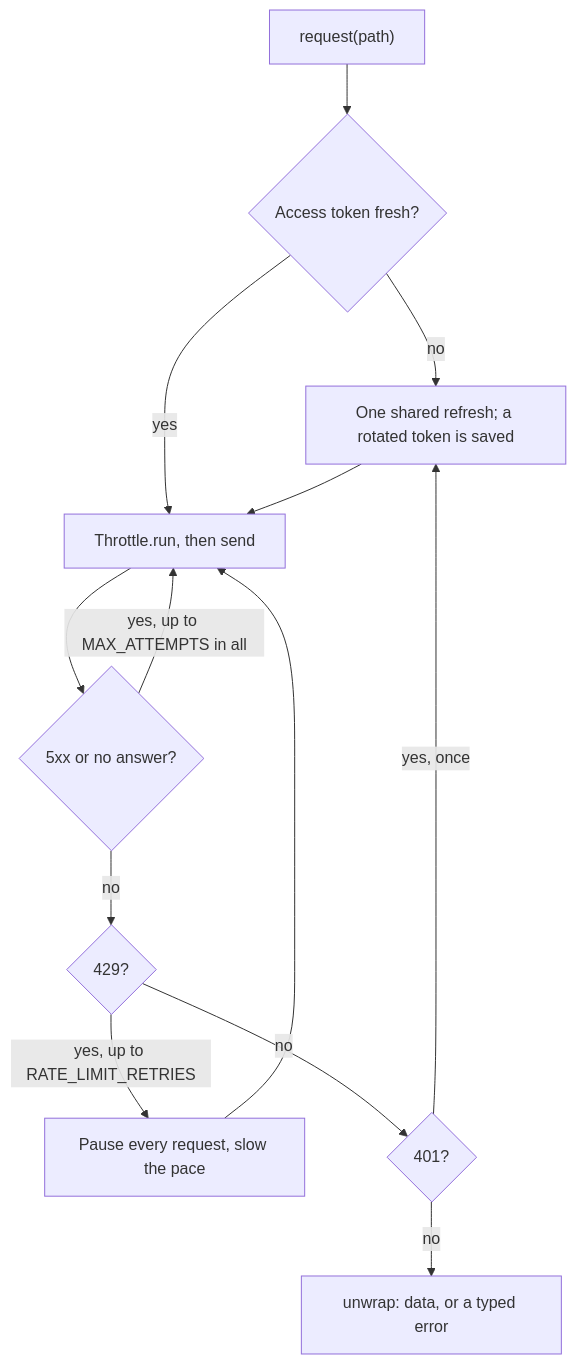
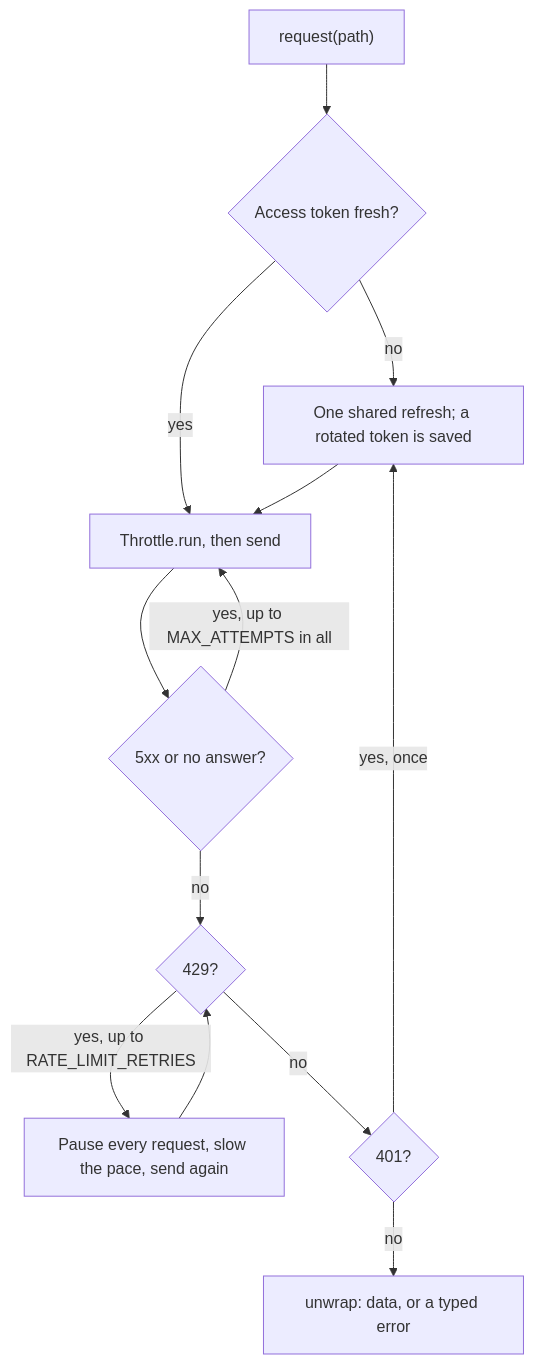
The third of 4 diagrams in docs/architecture.md (tareqayz/Obsidian-Garmin-Connect), drawn with Mermaid before and after one commit. The commit also changed other lines of this file and 14 other files, not shown here.

````diff
--- a/docs/architecture.md
+++ b/docs/architecture.md
@@ -211,15 +215,15 @@
 ```mermaid
 flowchart TD
   req["request(path)"] --> fresh{"Access token fresh?"}
   fresh -->|no| refresh["One shared refresh; a rotated token is saved"]
   fresh -->|yes| send["Throttle.run, then send"]
   refresh --> send
   send --> transient{"5xx or no answer?"}
   transient -->|"yes, up to MAX_ATTEMPTS in all"| send
   transient -->|no| limited{"429?"}
-  limited -->|"yes, up to RATE_LIMIT_RETRIES"| slow["Pause every request, slow the pace"]
-  slow --> send
+  limited -->|"yes, up to RATE_LIMIT_RETRIES"| slow["Pause every request, slow the pace, send again"]
+  slow --> limited
   limited -->|no| expired{"401?"}
   expired -->|"yes, once"| refresh
   expired -->|no| unwrap["unwrap: data, or a typed error"]
 ```
````
